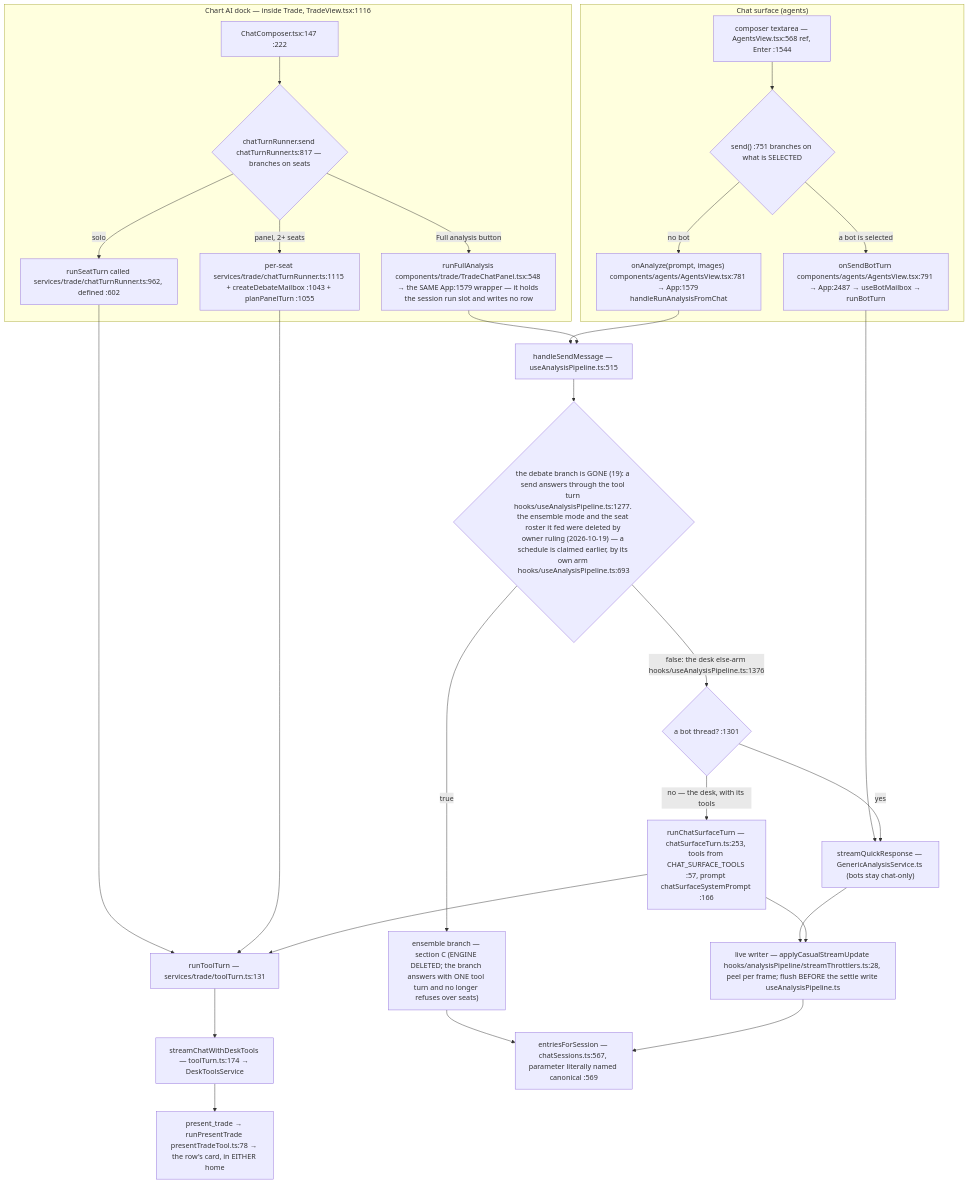
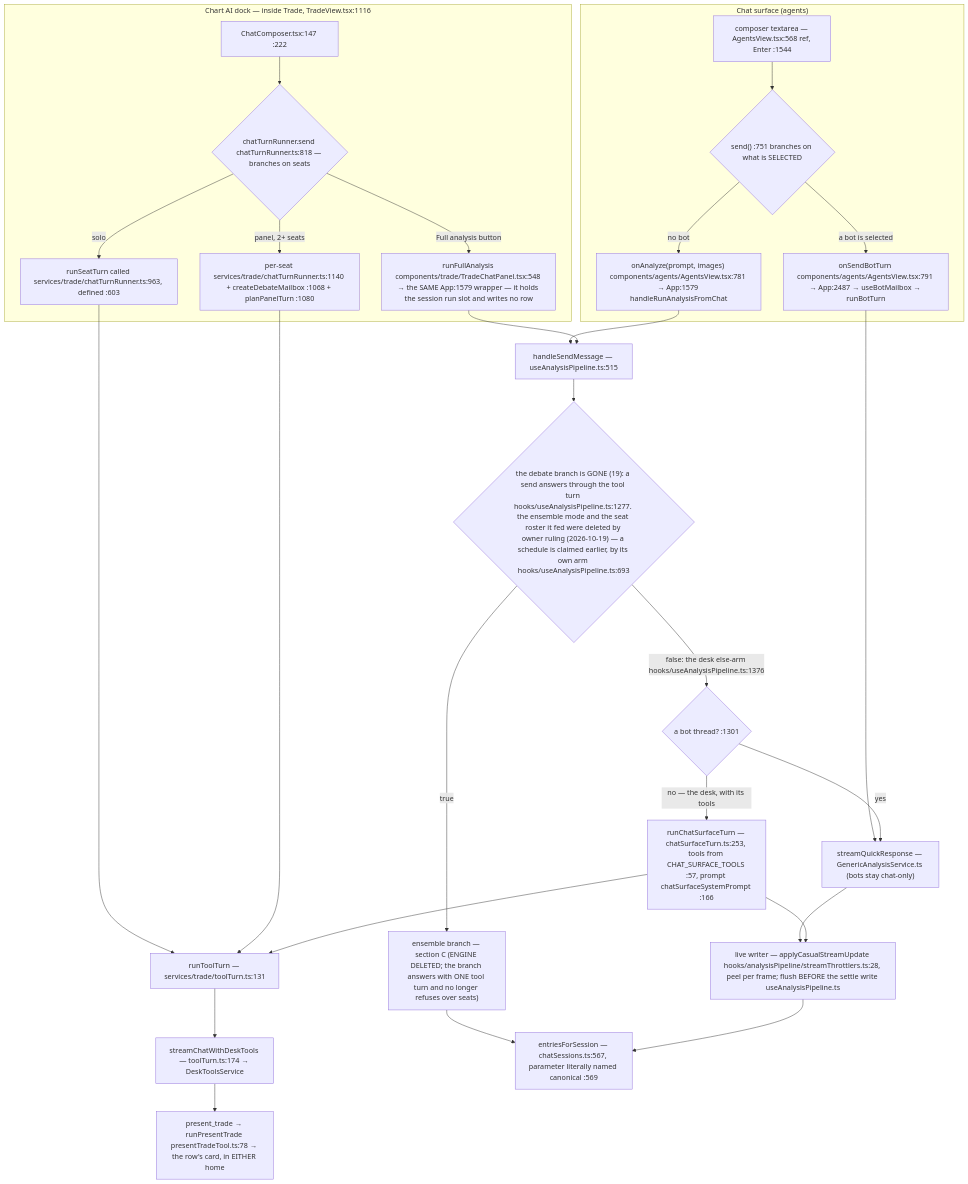
Before and after one commit to Acepay25/august-3.5: the second of 8 diagrams in docs/app-flow.md, drawn with Mermaid. The commit also changed other lines of this file and 12 other files, not shown here.

````diff
--- a/docs/app-flow.md
+++ b/docs/app-flow.md
@@ -72,31 +72,31 @@
 ```mermaid
 flowchart TD
     subgraph CHAT["Chat surface (agents)"]
         CB["composer textarea — AgentsView.tsx:568 ref, Enter :1544"] --> D1{"send() :751 branches on what is SELECTED"}
         D1 -->|a bot is selected| BOT["onSendBotTurn components/agents/AgentsView.tsx:791 → App:2487 → useBotMailbox → runBotTurn"]
         D1 -->|no bot| AN["onAnalyze(prompt, images) components/agents/AgentsView.tsx:781 → App:1579 handleRunAnalysisFromChat"]
     end
     subgraph DOCK["Chart AI dock — inside Trade, TradeView.tsx:1116"]
-        DC["ChatComposer.tsx:147 :222"] --> D2{"chatTurnRunner.send chatTurnRunner.ts:817 — branches on seats"}
-        D2 -->|solo| SO["runSeatTurn called services/trade/chatTurnRunner.ts:962, defined :602"]
-        D2 -->|panel, 2+ seats| PN["per-seat services/trade/chatTurnRunner.ts:1115 + createDebateMailbox :1043 + planPanelTurn :1055"]
+        DC["ChatComposer.tsx:147 :222"] --> D2{"chatTurnRunner.send chatTurnRunner.ts:818 — branches on seats"}
+        D2 -->|solo| SO["runSeatTurn called services/trade/chatTurnRunner.ts:963, defined :603"]
+        D2 -->|panel, 2+ seats| PN["per-seat services/trade/chatTurnRunner.ts:1140 + createDebateMailbox :1068 + planPanelTurn :1080"]
         D2 -->|Full analysis button| FA["runFullAnalysis components/trade/TradeChatPanel.tsx:548 → the SAME App:1579 wrapper — it holds the session run slot and writes no row"]
     end
     SO --> TT["runToolTurn — services/trade/toolTurn.ts:131"]
     PN --> TT
     TT --> SCDT["streamChatWithDeskTools — toolTurn.ts:174 → DeskToolsService"]
     BOT --> TR["streamQuickResponse — GenericAnalysisService.ts (bots stay chat-only)"]
     AN --> HSM["handleSendMessage — useAnalysisPipeline.ts:515"]
     FA --> HSM
     HSM --> D3{"the debate branch is GONE (19): a send answers through the tool turn hooks/useAnalysisPipeline.ts:1277. the ensemble mode and the seat roster it fed were deleted by owner ruling (2026-10-19) — a schedule is claimed earlier, by its own arm hooks/useAnalysisPipeline.ts:693"}
     D3 -->|true| ENS["ensemble branch — section C (ENGINE DELETED; the branch answers with ONE tool turn and no longer refuses over seats)"]
     D3 -->|false: the desk else-arm hooks/useAnalysisPipeline.ts:1376| SPLIT{"a bot thread? :1301"}
     SPLIT -->|yes| TR
     SPLIT -->|no — the desk, with its tools| CST["runChatSurfaceTurn — chatSurfaceTurn.ts:253, tools from CHAT_SURFACE_TOOLS :57, prompt chatSurfaceSystemPrompt :166"]
     CST --> TT
     TR --> LW["live writer — applyCasualStreamUpdate hooks/analysisPipeline/streamThrottlers.ts:28, peel per frame; flush BEFORE the settle write useAnalysisPipeline.ts"]
     CST --> LW
     ENS --> MERGE
     LW --> MERGE["entriesForSession — chatSessions.ts:567, parameter literally named canonical :569"]
     SCDT --> PT["present_trade → runPresentTrade presentTradeTool.ts:78 → the row's card, in EITHER home"]
 ```
````
